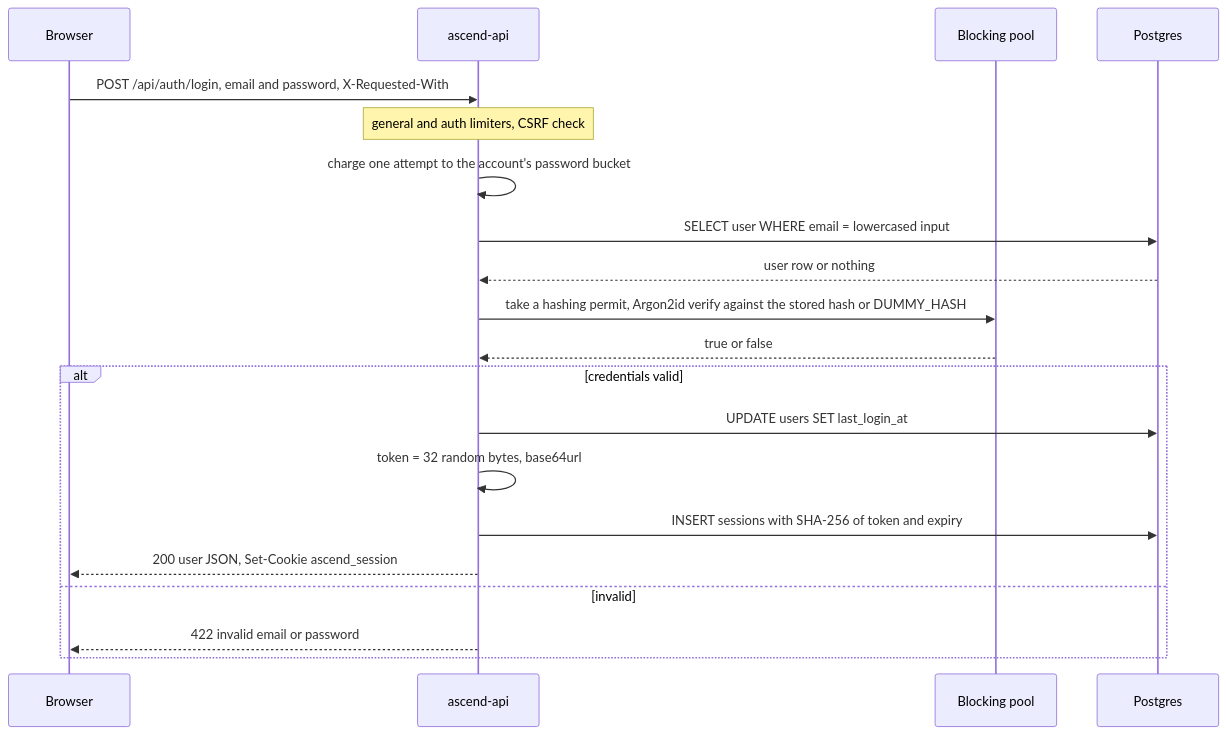
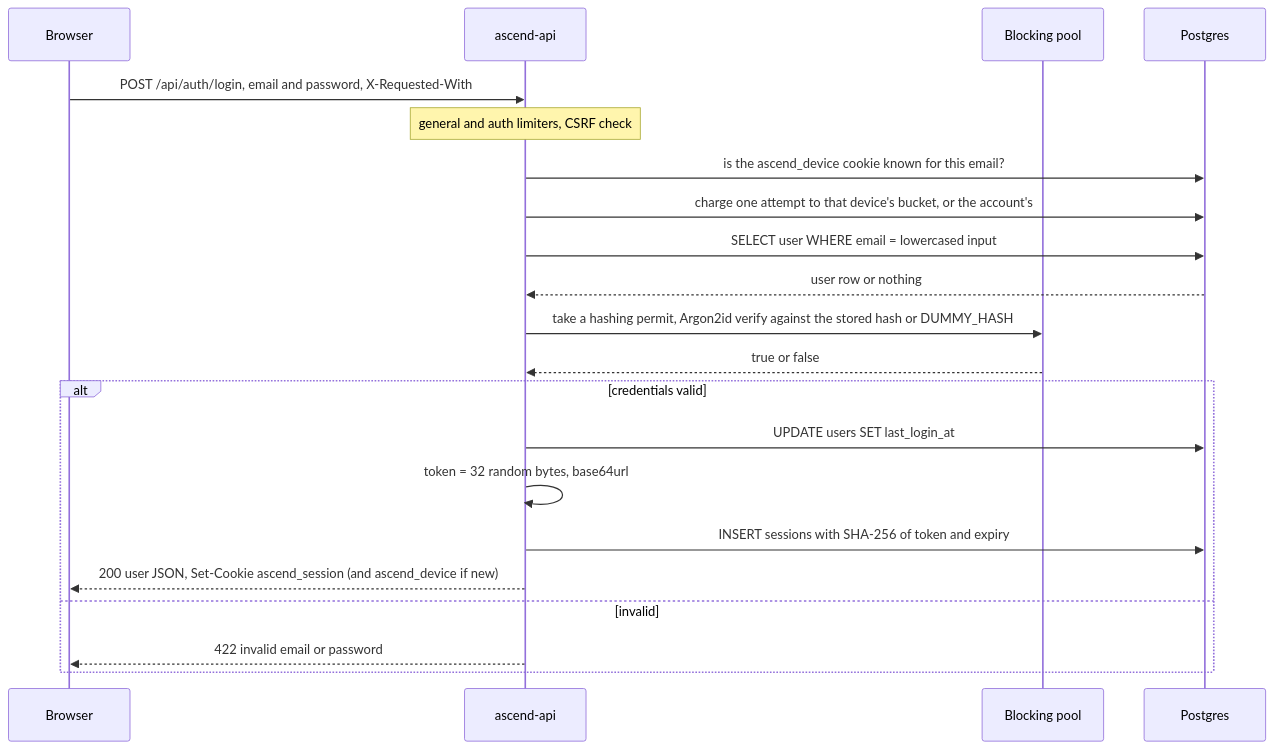
The first of 2 diagrams in content/tracks/14-case-study-ascend/01-the-system/04-authentication-and-security.md (thull32/ascend), drawn with Mermaid before and after one commit. The commit also changed other lines of this file and 48 other files, not shown here.

````diff
--- a/content/tracks/14-case-study-ascend/01-the-system/04-authentication-and-security.md
+++ b/content/tracks/14-case-study-ascend/01-the-system/04-authentication-and-security.md
@@ -73,22 +78,23 @@
 ```mermaid
 sequenceDiagram
   participant B as Browser
   participant A as ascend-api
   participant W as Blocking pool
   participant DB as Postgres
   B->>A: POST /api/auth/login, email and password, X-Requested-With
   Note over A: general and auth limiters, CSRF check
-  A->>A: charge one attempt to the account's password bucket
+  A->>DB: is the ascend_device cookie known for this email?
+  A->>DB: charge one attempt to that device's bucket, or the account's
   A->>DB: SELECT user WHERE email = lowercased input
   DB-->>A: user row or nothing
   A->>W: take a hashing permit, Argon2id verify against the stored hash or DUMMY_HASH
   W-->>A: true or false
   alt credentials valid
     A->>DB: UPDATE users SET last_login_at
     A->>A: token = 32 random bytes, base64url
     A->>DB: INSERT sessions with SHA-256 of token and expiry
-    A-->>B: 200 user JSON, Set-Cookie ascend_session
+    A-->>B: 200 user JSON, Set-Cookie ascend_session (and ascend_device if new)
   else invalid
     A-->>B: 422 invalid email or password
   end
 ```
````
